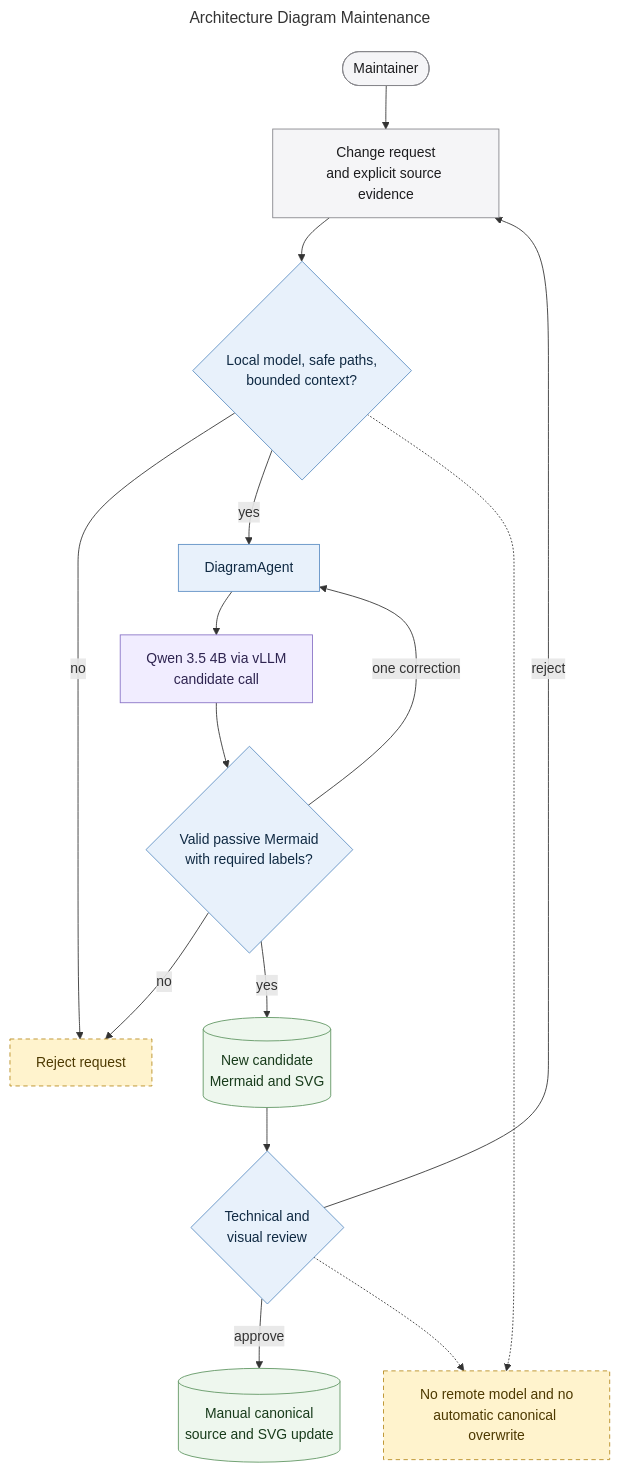
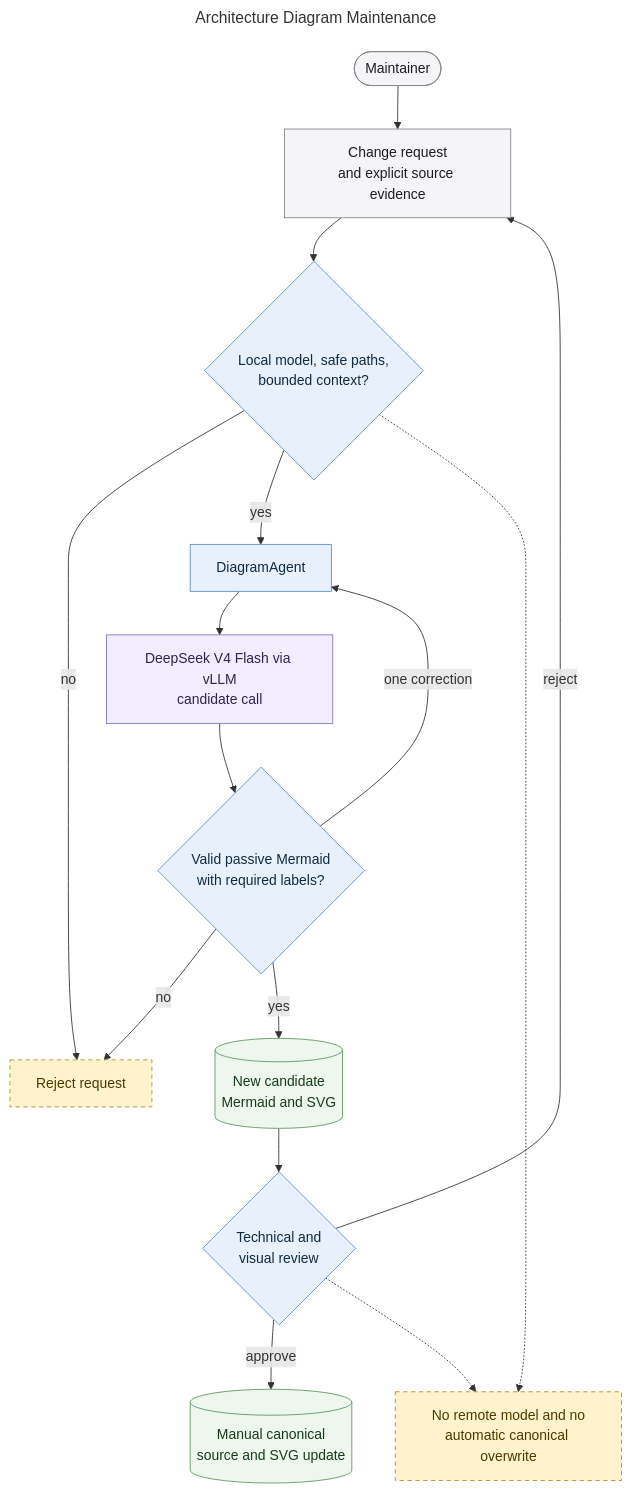
Before and after one commit to MallyaAni/PersonalAssistant: the diagram in docs/diagrams/architecture-maintenance-subsystem.mmd, drawn with Mermaid. The commit also changed 34 other files, not shown here.

First line of the commit message:
Stop the diagrams advertising a model that was retired

```diff
--- a/docs/diagrams/architecture-maintenance-subsystem.mmd
+++ b/docs/diagrams/architecture-maintenance-subsystem.mmd
@@ -1,31 +1,31 @@
 ---
 title: Architecture Diagram Maintenance
 ---
 flowchart TB
     Maintainer([Maintainer]) --> Request[Change request<br/>and explicit source evidence]
     Request --> Guards{Local model, safe paths,<br/>bounded context?}
     Guards -->|no| Reject[Reject request]
     Guards -->|yes| Agent[DiagramAgent]
-    Agent --> Qwen[Qwen 3.5 4B via vLLM<br/>candidate call]
+    Agent --> Qwen[DeepSeek V4 Flash via vLLM<br/>candidate call]
     Qwen --> Validate{Valid passive Mermaid<br/>with required labels?}
     Validate -->|one correction| Agent
     Validate -->|no| Reject
     Validate -->|yes| Candidate[(New candidate<br/>Mermaid and SVG)]
     Candidate --> Review{Technical and<br/>visual review}
     Review -->|reject| Request
     Review -->|approve| Canonical[(Manual canonical<br/>source and SVG update)]
 
     Protection[No remote model and no<br/>automatic canonical overwrite]
     Guards -.-> Protection
     Review -.-> Protection
 
     classDef interface fill:#f5f5f7,stroke:#86868b,color:#1d1d1f;
     classDef application fill:#e8f1fb,stroke:#5e8fc4,color:#102a43;
     classDef data fill:#eef7ee,stroke:#5f9562,color:#183b1b;
     classDef external fill:#f1edff,stroke:#8872c6,color:#2e2450;
     classDef warning fill:#fff3cd,stroke:#b78b20,color:#4d3900,stroke-dasharray:5 4;
     class Maintainer,Request interface;
     class Guards,Agent,Validate,Review application;
     class Candidate,Canonical data;
     class Qwen external;
     class Reject,Protection warning;
```
